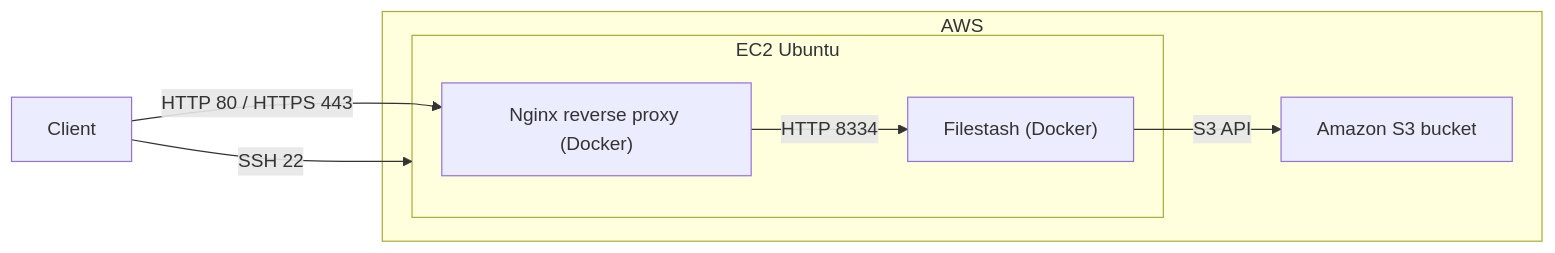
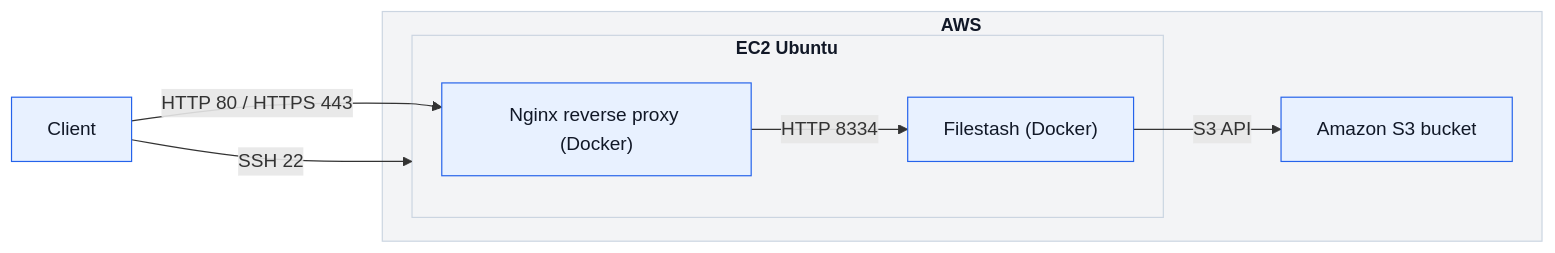
One commit to gsiegwald/stashcloud changed the first of 2 diagrams in README.md. Above: the diagram before and after it, drawn with Mermaid. The commit also changed other lines of this file, not shown here.

````diff
--- a/README.md
+++ b/README.md
@@ -49,17 +49,25 @@
 ```mermaid
 flowchart LR
   %% Infrastructure
   subgraph AWS["AWS"]
     subgraph EC2["EC2 Ubuntu"]
       NGINX["Nginx reverse proxy (Docker)"]
       FS["Filestash (Docker)"]
     end
     S3["Amazon S3 bucket"]
   end
 
   %% Network flows
   User["Client"] -->|SSH 22| EC2
   User -->|HTTP 80 / HTTPS 443| NGINX
   NGINX -->|HTTP 8334| FS
   FS -->|S3 API| S3
+
+%% ---- Subgraph styling (backgrounds) ----
+style AWS fill:#F3F4F6,stroke:#CBD5E1,stroke-width:1px,color:#111827,font-size:15px,font-weight:bold
+style EC2 fill:#F3F4F6,stroke:#CBD5E1,stroke-width:1px,color:#111827,font-size:15px,font-weight:bold
+
+%% ---- Node styling ----
+classDef default  fill:#E8F1FF,stroke:#2563EB,stroke-width:1px,color:#111827;
+classDef fileNode fill:#F3E8FF,stroke:#7C3AED,stroke-width:1px,color:#111827;
 ```
````
